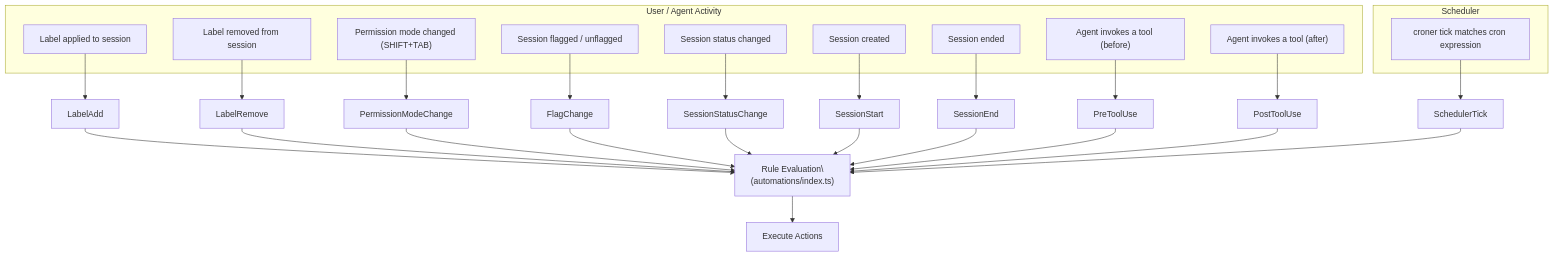
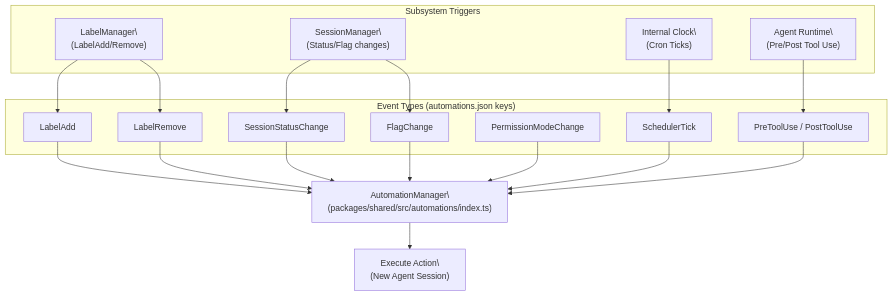
One commit to blackcater/zentree changed the first of 2 diagrams in docs/lukilabs_craft-agents-oss/core-concepts/hooks-and-automation.md. Above: the diagram before and after it, drawn with Mermaid. The commit also changed other lines of this file and 232 other files, not shown here.

````diff
--- a/docs/lukilabs_craft-agents-oss/core-concepts/hooks-and-automation.md
+++ b/docs/lukilabs_craft-agents-oss/core-concepts/hooks-and-automation.md
@@ -105,43 +78,35 @@
 ```mermaid
 flowchart TD
-    subgraph "User / Agent Activity"
-        U1["Label applied to session"]
-        U2["Label removed from session"]
-        U3["Permission mode changed (SHIFT+TAB)"]
-        U4["Session flagged / unflagged"]
-        U5["Session status changed"]
-        U6["Session created"]
-        U7["Session ended"]
-        U8["Agent invokes a tool (before)"]
-        U9["Agent invokes a tool (after)"]
+    subgraph "Subsystem Triggers"
+        S1["SessionManager\
+(Status/Flag changes)"]
+        S2["LabelManager\
+(LabelAdd/Remove)"]
+        S3["Agent Runtime\
+(Pre/Post Tool Use)"]
+        S4["Internal Clock\
+(Cron Ticks)"]
     end
 
-    subgraph "Scheduler"
-        S1["croner tick matches cron expression"]
+    subgraph "Event Types (automations.json keys)"
+        E1["LabelAdd"]
+        E2["LabelRemove"]
+        E3["SessionStatusChange"]
+        E4["FlagChange"]
+        E5["PermissionModeChange"]
+        E6["SchedulerTick"]
+        E7["PreToolUse / PostToolUse"]
     end
 
-    U1 --> E_LabelAdd["LabelAdd"]
-    U2 --> E_LabelRemove["LabelRemove"]
-    U3 --> E_PMC["PermissionModeChange"]
-    U4 --> E_Flag["FlagChange"]
-    U5 --> E_Status["SessionStatusChange"]
-    U6 --> E_Start["SessionStart"]
-    U7 --> E_End["SessionEnd"]
-    U8 --> E_Pre["PreToolUse"]
-    U9 --> E_Post["PostToolUse"]
-    S1 --> E_Sched["SchedulerTick"]
+    S1 --> E3
+    S1 --> E4
+    S2 --> E1
+    S2 --> E2
+    S3 --> E7
+    S4 --> E6
 
-    E_LabelAdd --> Eval["Rule Evaluation\
-(automations/index.ts)"]
-    E_LabelRemove --> Eval
-    E_PMC --> Eval
-    E_Flag --> Eval
-    E_Status --> Eval
-    E_Start --> Eval
-    E_End --> Eval
-    E_Pre --> Eval
-    E_Post --> Eval
-    E_Sched --> Eval
-
-    Eval --> Action["Execute Actions"]
+    E1 & E2 & E3 & E4 & E5 & E6 & E7 --> AM["AutomationManager\
+(packages/shared/src/automations/index.ts)"]
+    AM --> ACT["Execute Action\
+(New Agent Session)"]
 ```
````
